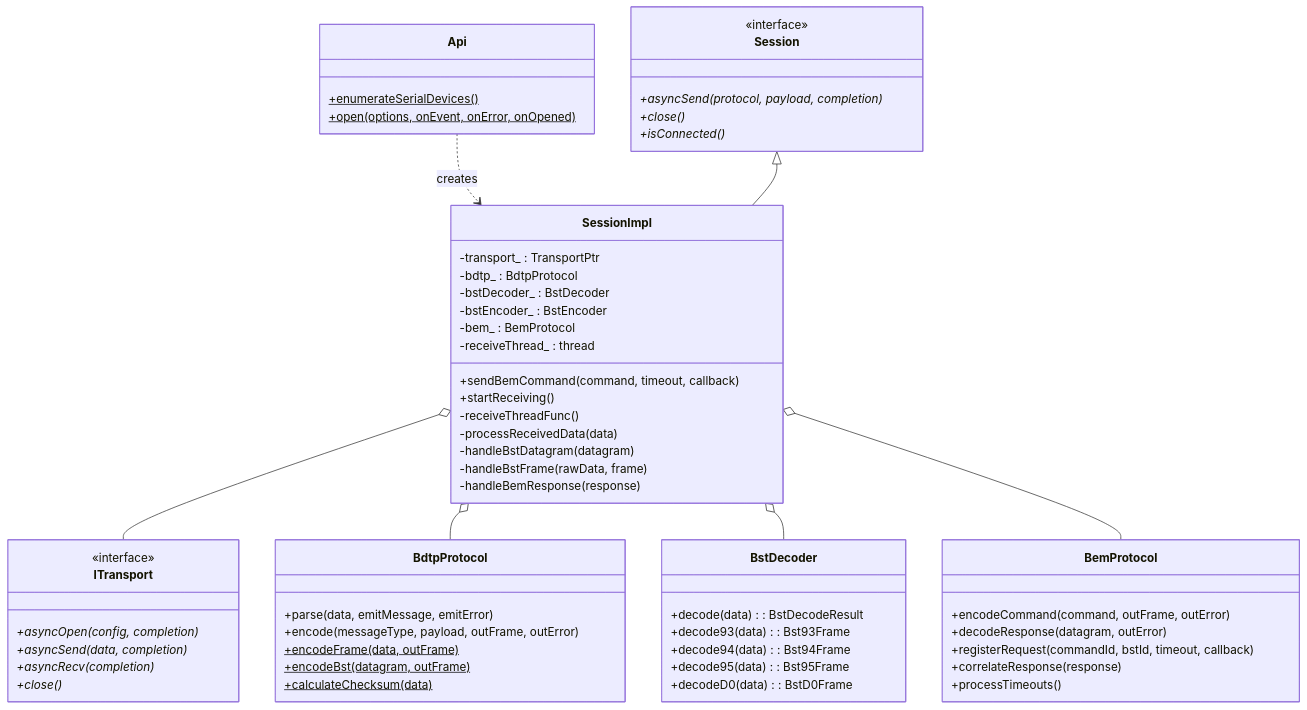
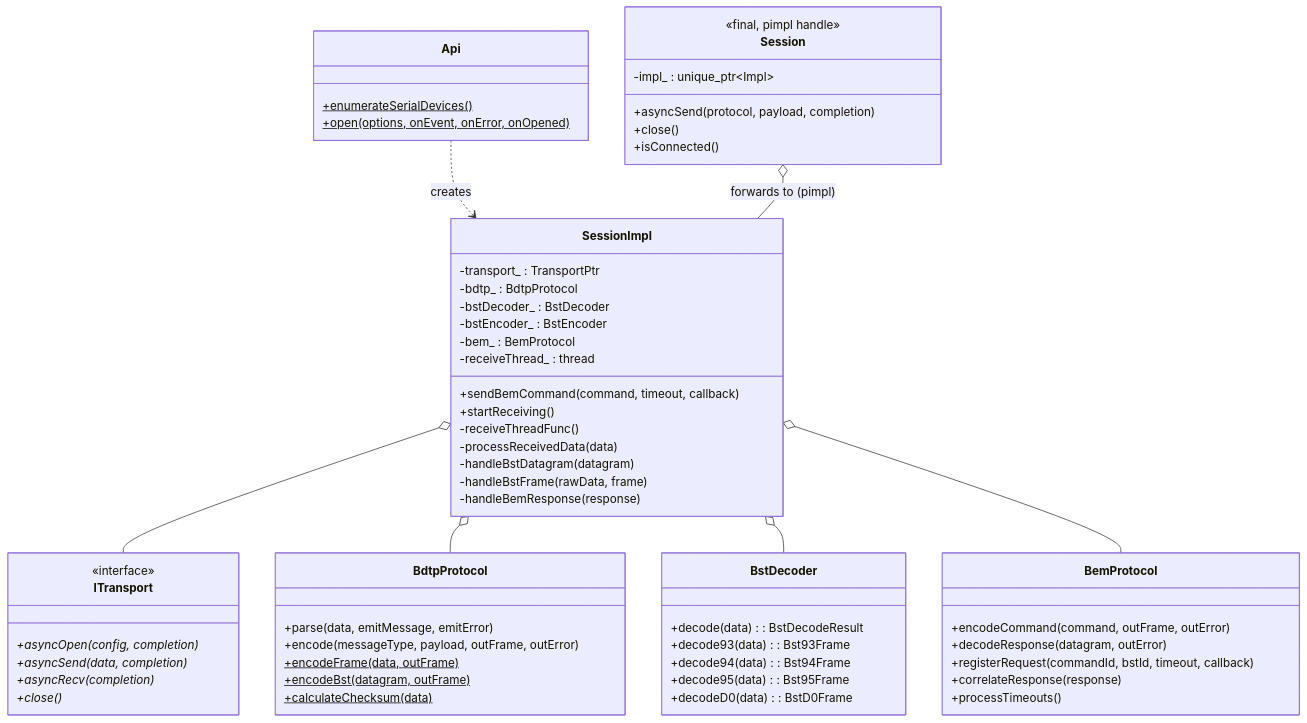
Before and after one commit to Actisense/SDK: the tenth of 10 diagrams in code/cpp/docs/message-flow.md, drawn with Mermaid. The commit also changed other lines of this file and 14 other files, not shown here.

````diff
--- a/code/cpp/docs/message-flow.md
+++ b/code/cpp/docs/message-flow.md
@@ -584,69 +584,70 @@
 ```mermaid
 classDiagram
     class Api {
         +enumerateSerialDevices()$
         +open(options, onEvent, onError, onOpened)$
     }
 
     class Session {
-        <<interface>>
-        +asyncSend(protocol, payload, completion)*
-        +close()*
-        +isConnected()*
+        <<final, pimpl handle>>
+        -impl_ : unique_ptr~Impl~
+        +asyncSend(protocol, payload, completion)
+        +close()
+        +isConnected()
     }
 
     class SessionImpl {
         -transport_ : TransportPtr
         -bdtp_ : BdtpProtocol
         -bstDecoder_ : BstDecoder
         -bstEncoder_ : BstEncoder
         -bem_ : BemProtocol
         -receiveThread_ : thread
         +sendBemCommand(command, timeout, callback)
         +startReceiving()
         -receiveThreadFunc()
         -processReceivedData(data)
         -handleBstDatagram(datagram)
         -handleBstFrame(rawData, frame)
         -handleBemResponse(response)
     }
 
     class ITransport {
         <<interface>>
         +asyncOpen(config, completion)*
         +asyncSend(data, completion)*
         +asyncRecv(completion)*
         +close()*
     }
 
     class BdtpProtocol {
         +parse(data, emitMessage, emitError)
         +encode(messageType, payload, outFrame, outError)
         +encodeFrame(data, outFrame)$
         +encodeBst(datagram, outFrame)$
         +calculateChecksum(data)$
     }
 
     class BstDecoder {
         +decode(data) : BstDecodeResult
         +decode93(data) : Bst93Frame
         +decode94(data) : Bst94Frame
         +decode95(data) : Bst95Frame
         +decodeD0(data) : BstD0Frame
     }
 
     class BemProtocol {
         +encodeCommand(command, outFrame, outError)
         +decodeResponse(datagram, outError)
         +registerRequest(commandId, bstId, timeout, callback)
         +correlateResponse(response)
         +processTimeouts()
     }
 
     Api ..> SessionImpl : creates
-    Session <|-- SessionImpl
+    Session o-- SessionImpl : forwards to (pimpl)
     SessionImpl o-- ITransport
     SessionImpl o-- BdtpProtocol
     SessionImpl o-- BstDecoder
     SessionImpl o-- BemProtocol
 ```
````
